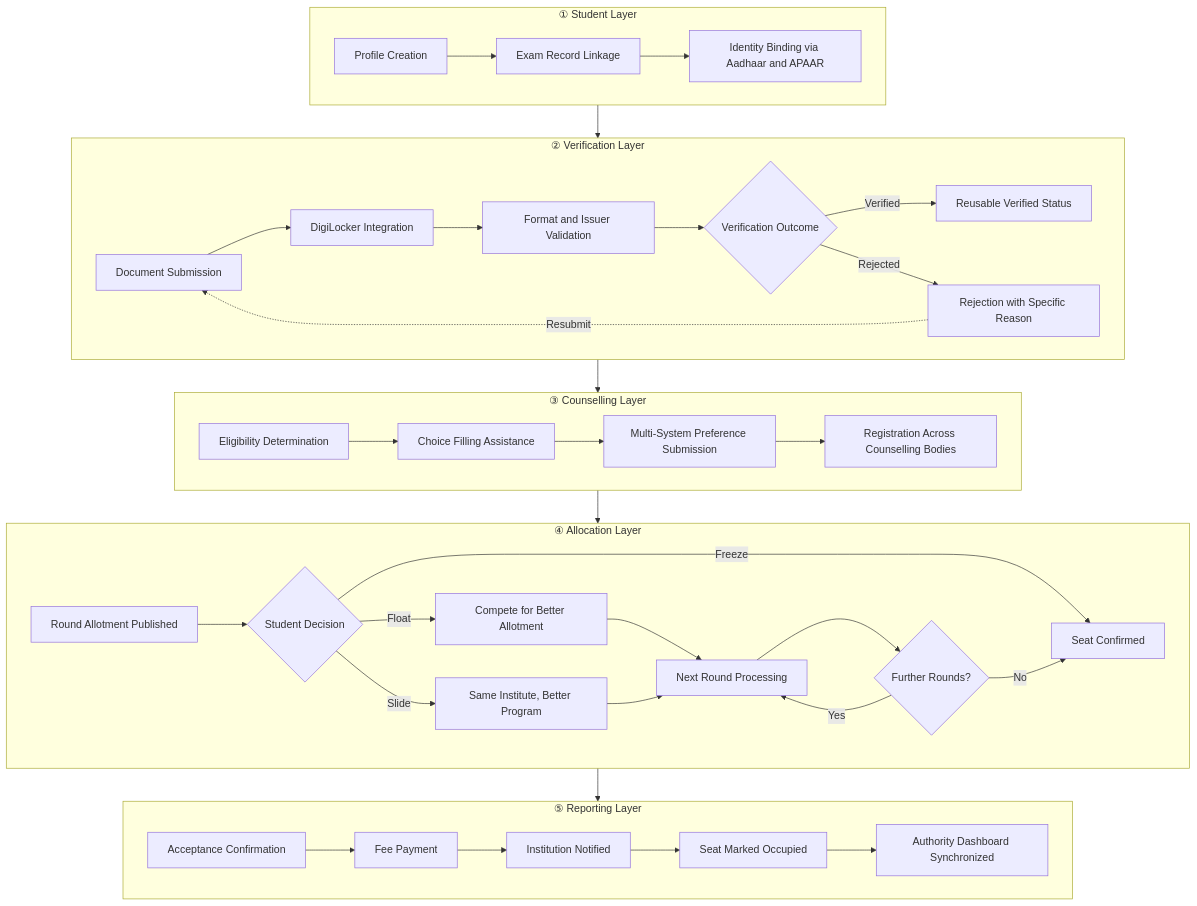
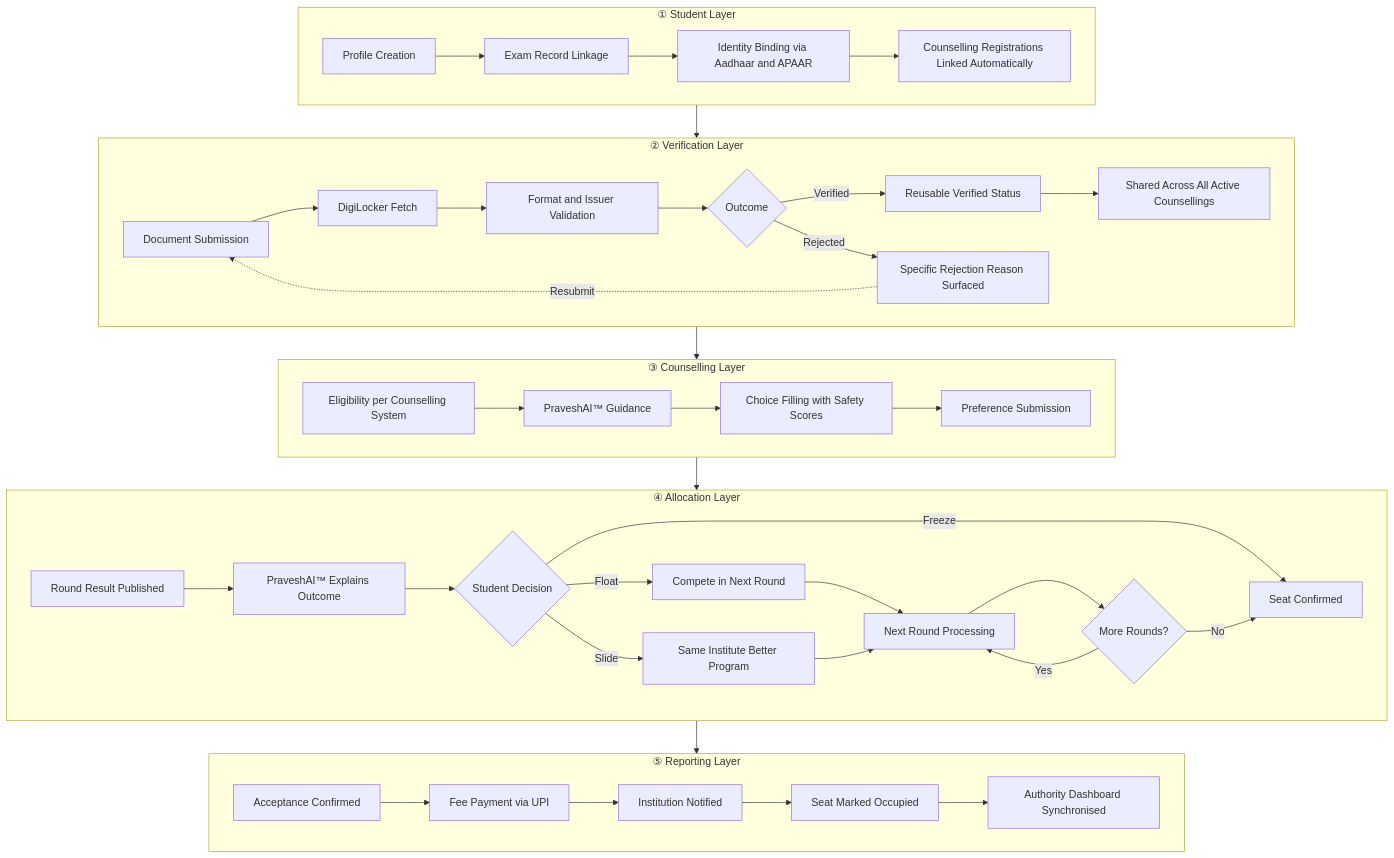
Before and after one commit to aashrutsharma2/docs: the first of 2 diagrams in foundation.mdx, drawn with Mermaid. The commit also changed other lines of this file and 1 other file, not shown here.

````diff
--- a/foundation.mdx
+++ b/foundation.mdx
@@ -64,46 +98,46 @@
 ```mermaid
 flowchart TD
     subgraph SL ["① Student Layer"]
         S1[Profile Creation] --> S2[Exam Record Linkage]
         S2 --> S3[Identity Binding via Aadhaar and APAAR]
+        S3 --> S4[Counselling Registrations Linked Automatically]
     end
 
     subgraph VL ["② Verification Layer"]
-        V1[Document Submission] --> V2[DigiLocker Integration]
+        V1[Document Submission] --> V2[DigiLocker Fetch]
         V2 --> V3[Format and Issuer Validation]
-        V3 --> V4{Verification Outcome}
+        V3 --> V4{Outcome}
         V4 -- Verified --> V5[Reusable Verified Status]
-        V4 -- Rejected --> V6[Rejection with Specific Reason]
+        V4 -- Rejected --> V6[Specific Rejection Reason Surfaced]
         V6 -.->|Resubmit| V1
+        V5 --> V7[Shared Across All Active Counsellings]
     end
 
     subgraph CL ["③ Counselling Layer"]
-        C1[Eligibility Determination] --> C2[Choice Filling Assistance]
-        C2 --> C3[Multi-System Preference Submission]
-        C3 --> C4[Registration Across Counselling Bodies]
+        C1[Eligibility per Counselling System] --> C2[PraveshAI™ Guidance]
+        C2 --> C3[Choice Filling with Safety Scores]
+        C3 --> C4[Preference Submission]
     end
 
     subgraph AL ["④ Allocation Layer"]
-        A1[Round Allotment Published] --> A2{Student Decision}
-        A2 -- Freeze --> A3[Seat Confirmed]
-        A2 -- Float --> A4[Compete for Better Allotment]
-        A2 -- Slide --> A5[Same Institute, Better Program]
-        A4 --> A6[Next Round Processing]
-        A5 --> A6
-        A6 --> A7{Further Rounds?}
-        A7 -- Yes --> A6
-        A7 -- No --> A3
+        A1[Round Result Published] --> A2[PraveshAI™ Explains Outcome]
+        A2 --> A3{Student Decision}
+        A3 -- Freeze --> A4[Seat Confirmed]
+        A3 -- Float --> A5[Compete in Next Round]
+        A3 -- Slide --> A6[Same Institute Better Program]
+        A5 --> A7[Next Round Processing]
+        A6 --> A7
+        A7 --> A8{More Rounds?}
+        A8 -- Yes --> A7
+        A8 -- No --> A4
     end
 
     subgraph RL ["⑤ Reporting Layer"]
-        R1[Acceptance Confirmation] --> R2[Fee Payment]
+        R1[Acceptance Confirmed] --> R2[Fee Payment via UPI]
         R2 --> R3[Institution Notified]
         R3 --> R4[Seat Marked Occupied]
-        R4 --> R5[Authority Dashboard Synchronized]
+        R4 --> R5[Authority Dashboard Synchronised]
     end
 
-    SL --> VL
-    VL --> CL
-    CL --> AL
-    AL --> RL
+    SL --> VL --> CL --> AL --> RL
 ```
````
